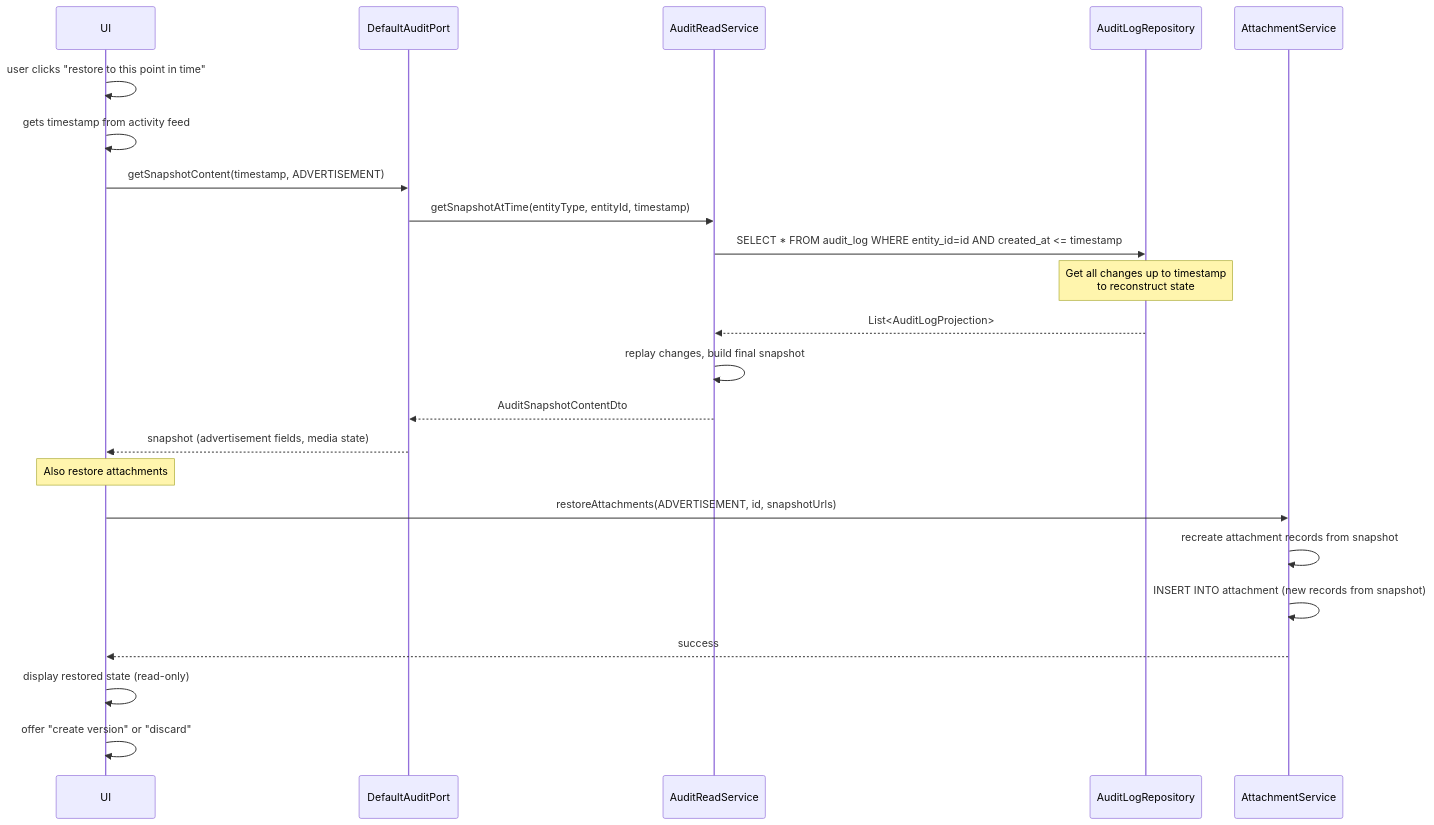
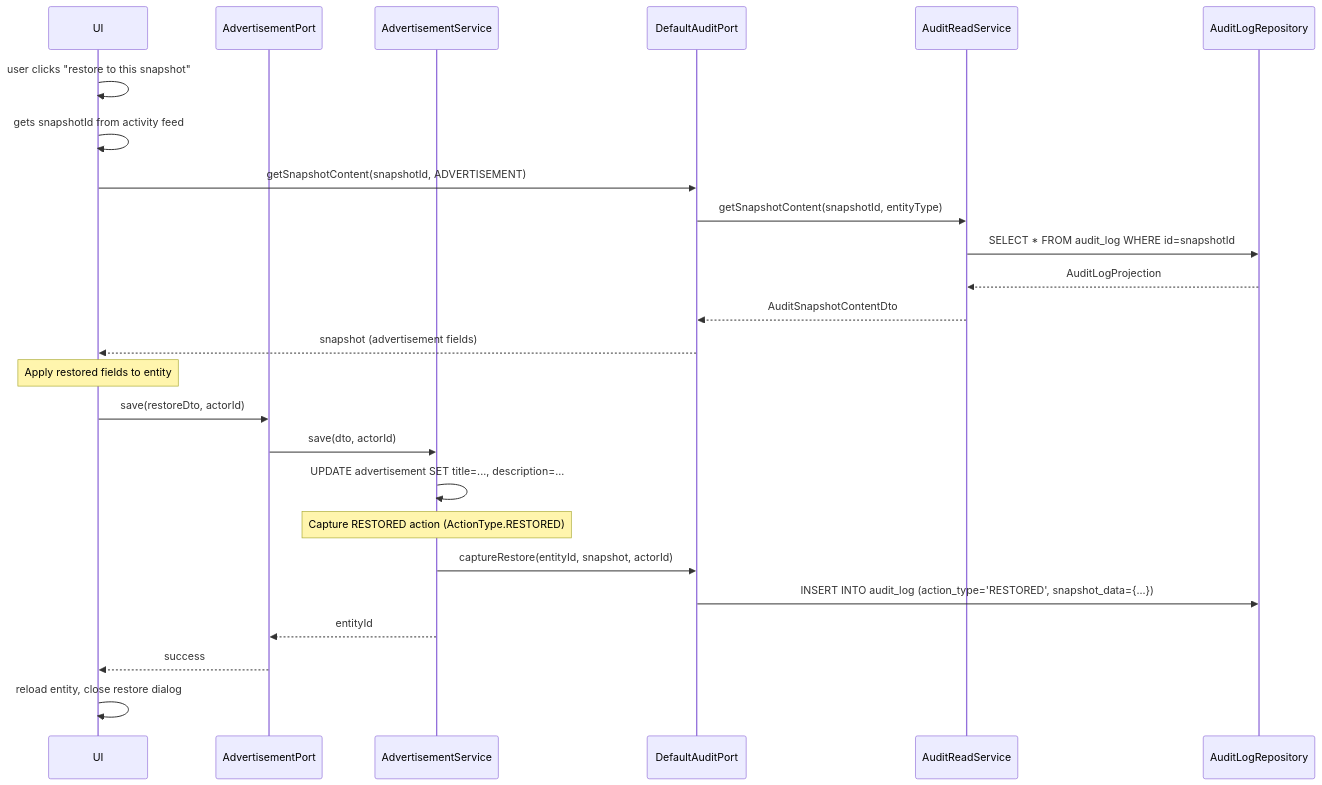
The fourth of 7 diagrams in docs/architecture/05-sequence-diagrams.md (OstMutant/Advertisement), drawn with Mermaid before and after one commit. The commit also changed other lines of this file and 8 other files, not shown here.

First line of the commit message:
docs: sync architecture docs with branch changes

````diff
--- a/docs/architecture/05-sequence-diagrams.md
+++ b/docs/architecture/05-sequence-diagrams.md
@@ -167,34 +168,37 @@
 ```mermaid
 sequenceDiagram
     participant UI as UI
+    participant AdvPort as AdvertisementPort
+    participant AdvService as AdvertisementService
     participant AuditPort as DefaultAuditPort
     participant AuditRead as AuditReadService
     participant AuditRepo as AuditLogRepository
-    participant AttService as AttachmentService
     
-    UI->>UI: user clicks "restore to this point in time"
-    UI->>UI: gets timestamp from activity feed
+    UI->>UI: user clicks "restore to this snapshot"
+    UI->>UI: gets snapshotId from activity feed
     
-    UI->>AuditPort: getSnapshotContent(timestamp, ADVERTISEMENT)
+    UI->>AuditPort: getSnapshotContent(snapshotId, ADVERTISEMENT)
     
-    AuditPort->>AuditRead: getSnapshotAtTime(entityType, entityId, timestamp)
-    AuditRead->>AuditRepo: SELECT * FROM audit_log WHERE entity_id=id AND created_at <= timestamp
+    AuditPort->>AuditRead: getSnapshotContent(snapshotId, entityType)
+    AuditRead->>AuditRepo: SELECT * FROM audit_log WHERE id=snapshotId
     
-    Note over AuditRepo: Get all changes up to timestamp<br/>to reconstruct state
+    AuditRepo-->>AuditRead: AuditLogProjection
+    AuditRead-->>AuditPort: AuditSnapshotContentDto
+    AuditPort-->>UI: snapshot (advertisement fields)
     
-    AuditRepo-->>AuditRead: List<AuditLogProjection>
-    AuditRead->>AuditRead: replay changes, build final snapshot
-    AuditRead-->>AuditPort: AuditSnapshotContentDto
+    Note over UI: Apply restored fields to entity
     
-    AuditPort-->>UI: snapshot (advertisement fields, media state)
+    UI->>AdvPort: save(restoreDto, actorId)
+    AdvPort->>AdvService: save(dto, actorId)
+    AdvService->>AdvService: UPDATE advertisement SET title=..., description=...
     
-    Note over UI: Also restore attachments
+    Note over AdvService: Capture RESTORED action (ActionType.RESTORED)
     
-    UI->>AttService: restoreAttachments(ADVERTISEMENT, id, snapshotUrls)
-    AttService->>AttService: recreate attachment records from snapshot
-    AttService->>AttService: INSERT INTO attachment (new records from snapshot)
-    AttService-->>UI: success
+    AdvService->>AuditPort: captureRestore(entityId, snapshot, actorId)
+    AuditPort->>AuditRepo: INSERT INTO audit_log (action_type='RESTORED', snapshot_data={...})
     
-    UI->>UI: display restored state (read-only)
-    UI->>UI: offer "create version" or "discard"
+    AdvService-->>AdvPort: entityId
+    AdvPort-->>UI: success
+    
+    UI->>UI: reload entity, close restore dialog
 ```
````
